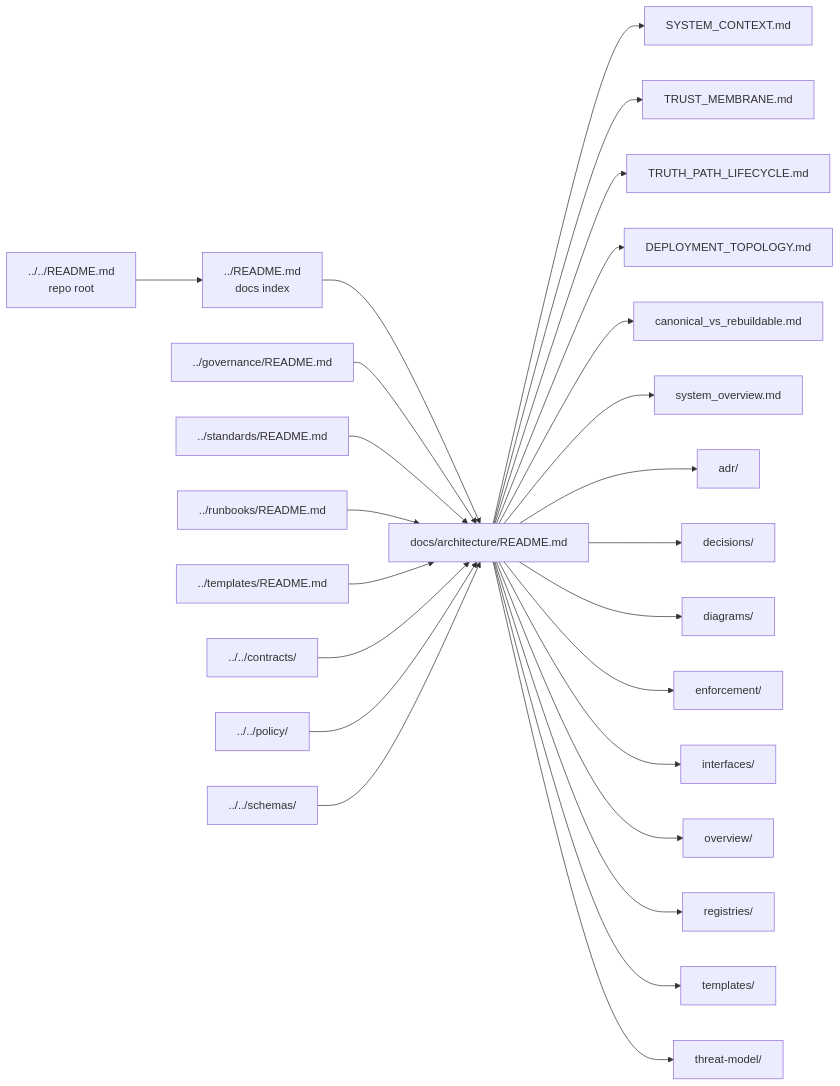
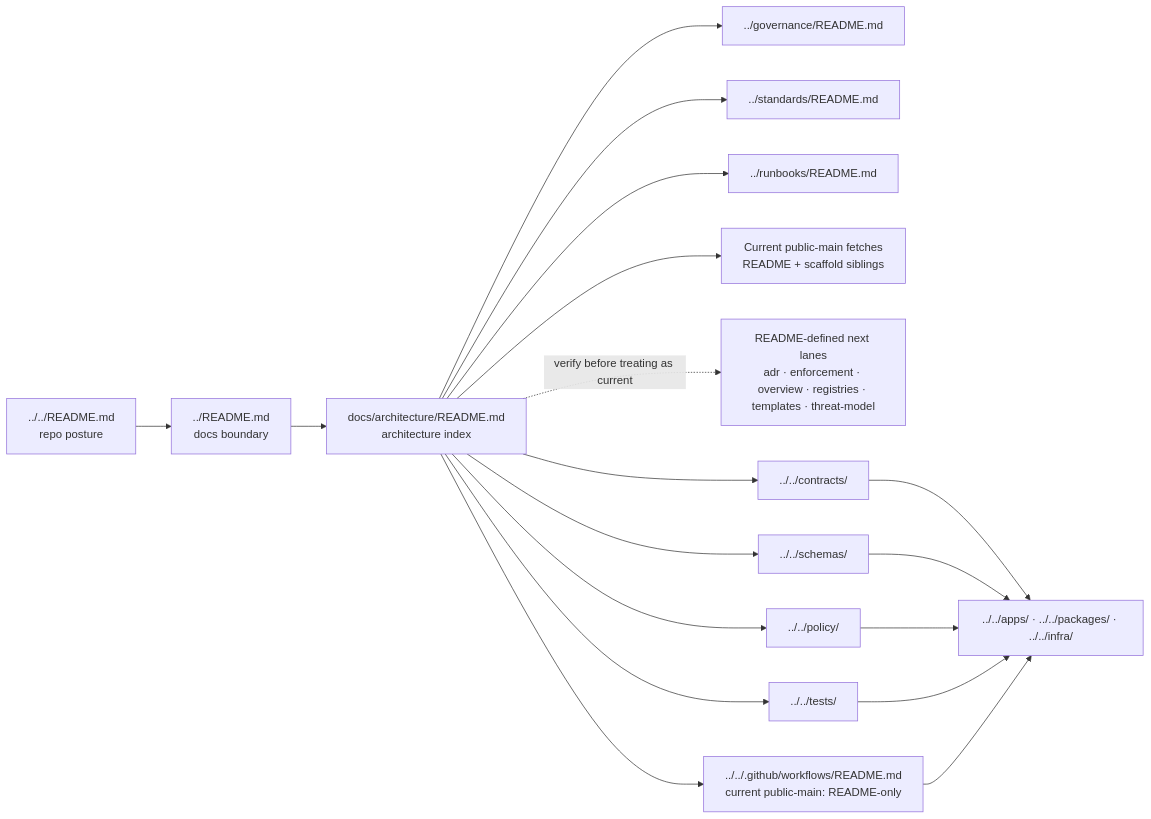
The diagram in docs/architecture/README.md (bartytime4life/Kansas-Frontier-Matrix), drawn with Mermaid before and after one commit. The commit also changed other lines of this file, not shown here.

````diff
--- a/docs/architecture/README.md
+++ b/docs/architecture/README.md
@@ -226,30 +251,24 @@
 ```mermaid
 flowchart LR
-  Root["../../README.md<br/>repo root"] --> Docs["../README.md<br/>docs index"]
-  Docs --> Arch["docs/architecture/README.md"]
+  Root["../../README.md<br/>repo posture"] --> Docs["../README.md<br/>docs boundary"]
+  Docs --> Arch["docs/architecture/README.md<br/>architecture index"]
 
-  Arch --> Ctx["SYSTEM_CONTEXT.md"]
-  Arch --> Mem["TRUST_MEMBRANE.md"]
-  Arch --> Life["TRUTH_PATH_LIFECYCLE.md"]
-  Arch --> Dep["DEPLOYMENT_TOPOLOGY.md"]
-  Arch --> Canon["canonical_vs_rebuildable.md"]
-  Arch --> Over["system_overview.md"]
+  Arch --> Gov["../governance/README.md"]
+  Arch --> Std["../standards/README.md"]
+  Arch --> Run["../runbooks/README.md"]
 
-  Arch --> ADR["adr/"]
-  Arch --> Dec["decisions/"]
-  Arch --> Dia["diagrams/"]
-  Arch --> Enf["enforcement/"]
-  Arch --> Int["interfaces/"]
-  Arch --> Ovr["overview/"]
-  Arch --> Reg["registries/"]
-  Arch --> Tmp["templates/"]
-  Arch --> Thr["threat-model/"]
+  Arch --> Fetched["Current public-main fetches<br/>README + scaffold siblings"]
+  Arch -. verify before treating as current .-> Growth["README-defined next lanes<br/>adr · enforcement · overview · registries · templates · threat-model"]
 
-  Gov["../governance/README.md"] --> Arch
-  Std["../standards/README.md"] --> Arch
-  Run["../runbooks/README.md"] --> Arch
-  Tpl["../templates/README.md"] --> Arch
-  Con["../../contracts/"] --> Arch
-  Pol["../../policy/"] --> Arch
-  Sch["../../schemas/"] --> Arch
+  Arch --> Contracts["../../contracts/"]
+  Arch --> Schemas["../../schemas/"]
+  Arch --> Policy["../../policy/"]
+  Arch --> Tests["../../tests/"]
+  Arch --> Workflows["../../.github/workflows/README.md<br/>current public-main: README-only"]
+
+  Contracts --> Runtime["../../apps/ · ../../packages/ · ../../infra/"]
+  Schemas --> Runtime
+  Policy --> Runtime
+  Tests --> Runtime
+  Workflows --> Runtime
 ```
````
